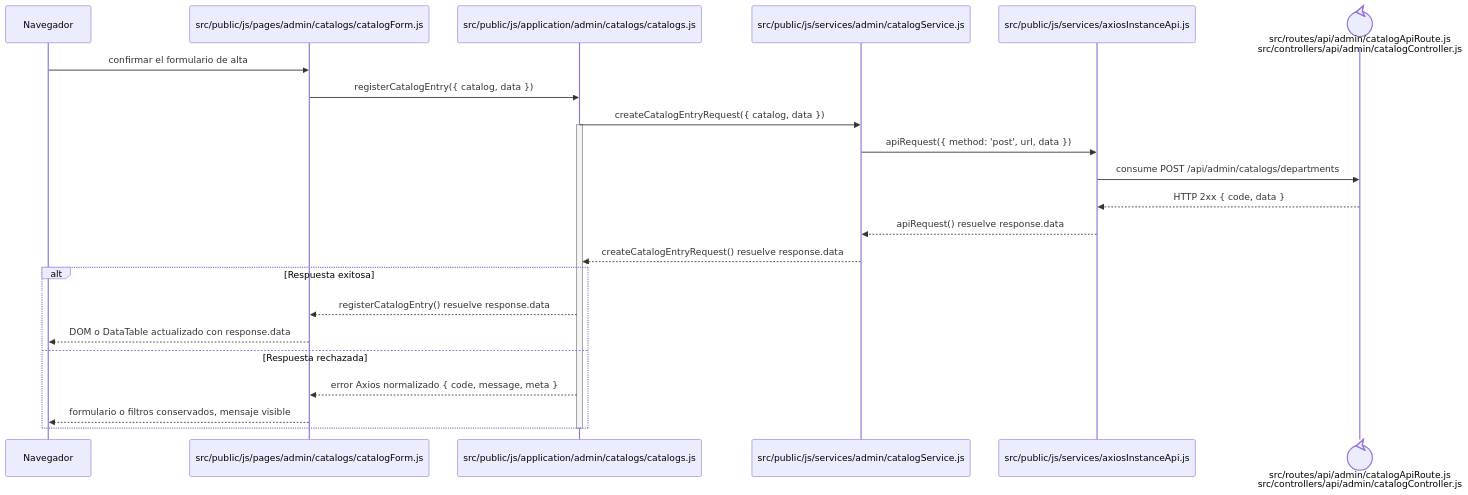
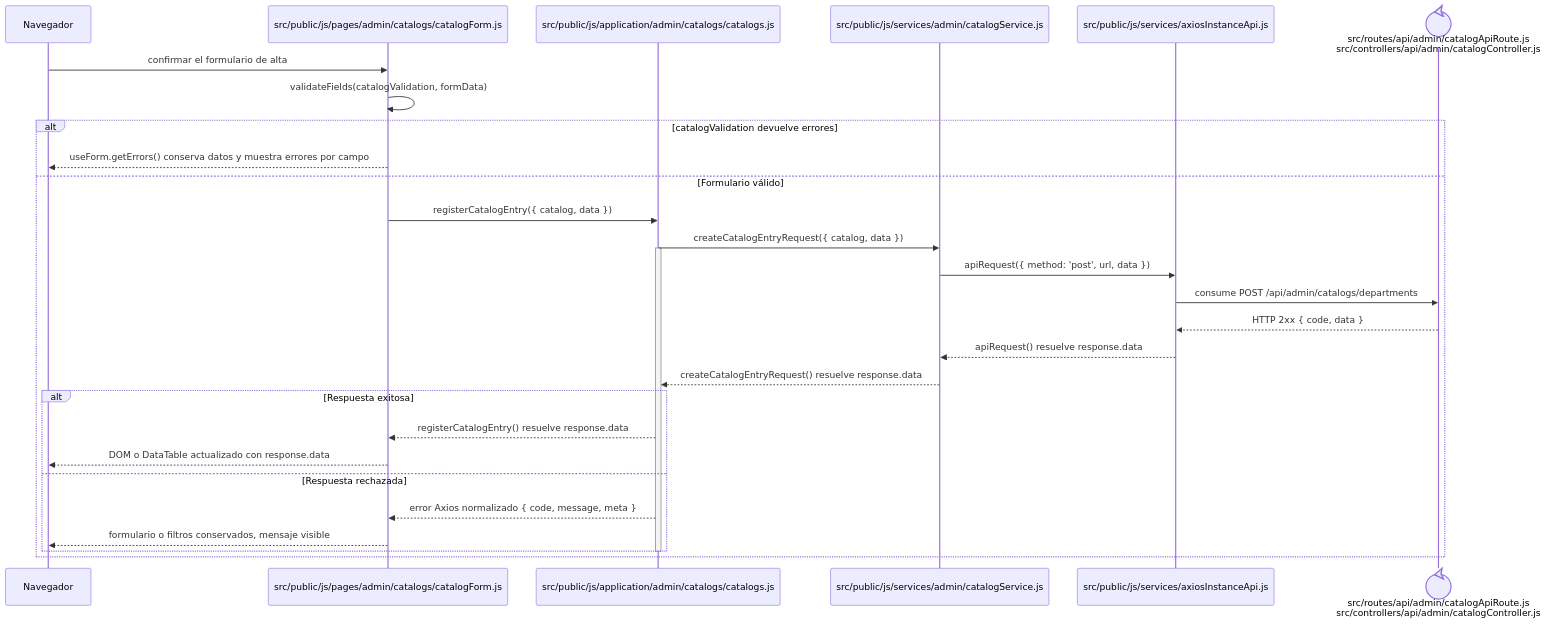
The diagram in docs/architecture/frontend-code-sequences/catalogs/cu-cat-10.md (gpgsistemas01/nexus), drawn with Mermaid before and after one commit. The commit also changed 102 other files, not shown here.

````diff
--- a/docs/architecture/frontend-code-sequences/catalogs/cu-cat-10.md
+++ b/docs/architecture/frontend-code-sequences/catalogs/cu-cat-10.md
@@ -6,27 +6,32 @@
 ```mermaid
 sequenceDiagram
     participant Browser as Navegador
     participant View as src/public/js/pages/admin/catalogs/catalogForm.js
     participant Application as src/public/js/application/admin/catalogs/catalogs.js
     participant Request as src/public/js/services/admin/catalogService.js
     participant HTTP as src/public/js/services/axiosInstanceApi.js
     participant Transport@{ "type": "control" } as src/routes/api/admin/catalogApiRoute.js<br/>src/controllers/api/admin/catalogController.js
 
     Browser->>View: confirmar el formulario de alta
-    View->>Application: registerCatalogEntry({ catalog, data })
-    Application->>Request: createCatalogEntryRequest({ catalog, data })
-    activate Application
-    Request->>HTTP: apiRequest({ method: 'post', url, data })
-    HTTP->>Transport: consume POST /api/admin/catalogs/departments
-    Transport-->>HTTP: HTTP 2xx { code, data }
-    HTTP-->>Request: apiRequest() resuelve response.data
-    Request-->>Application: createCatalogEntryRequest() resuelve response.data
-    alt Respuesta exitosa
-        Application-->>View: registerCatalogEntry() resuelve response.data
-        View-->>Browser: DOM o DataTable actualizado con response.data
-    else Respuesta rechazada
-        Application-->>View: error Axios normalizado { code, message, meta }
-        View-->>Browser: formulario o filtros conservados, mensaje visible
+    View->>View: validateFields(catalogValidation, formData)
+    alt catalogValidation devuelve errores
+        View-->>Browser: useForm.getErrors() conserva datos y muestra errores por campo
+    else Formulario válido
+        View->>Application: registerCatalogEntry({ catalog, data })
+        Application->>Request: createCatalogEntryRequest({ catalog, data })
+        activate Application
+        Request->>HTTP: apiRequest({ method: 'post', url, data })
+        HTTP->>Transport: consume POST /api/admin/catalogs/departments
+        Transport-->>HTTP: HTTP 2xx { code, data }
+        HTTP-->>Request: apiRequest() resuelve response.data
+        Request-->>Application: createCatalogEntryRequest() resuelve response.data
+        alt Respuesta exitosa
+            Application-->>View: registerCatalogEntry() resuelve response.data
+            View-->>Browser: DOM o DataTable actualizado con response.data
+        else Respuesta rechazada
+            Application-->>View: error Axios normalizado { code, message, meta }
+            View-->>Browser: formulario o filtros conservados, mensaje visible
+        end
+        deactivate Application
     end
-    deactivate Application
 ```
````
